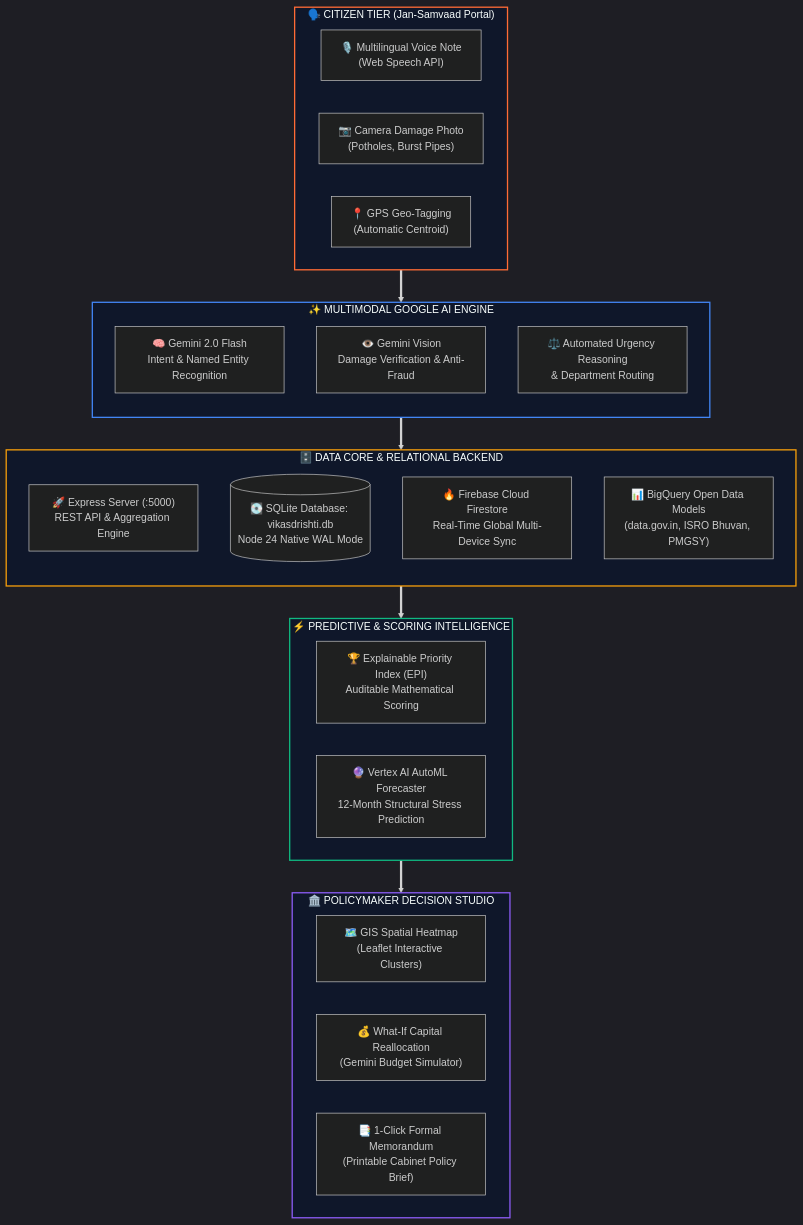
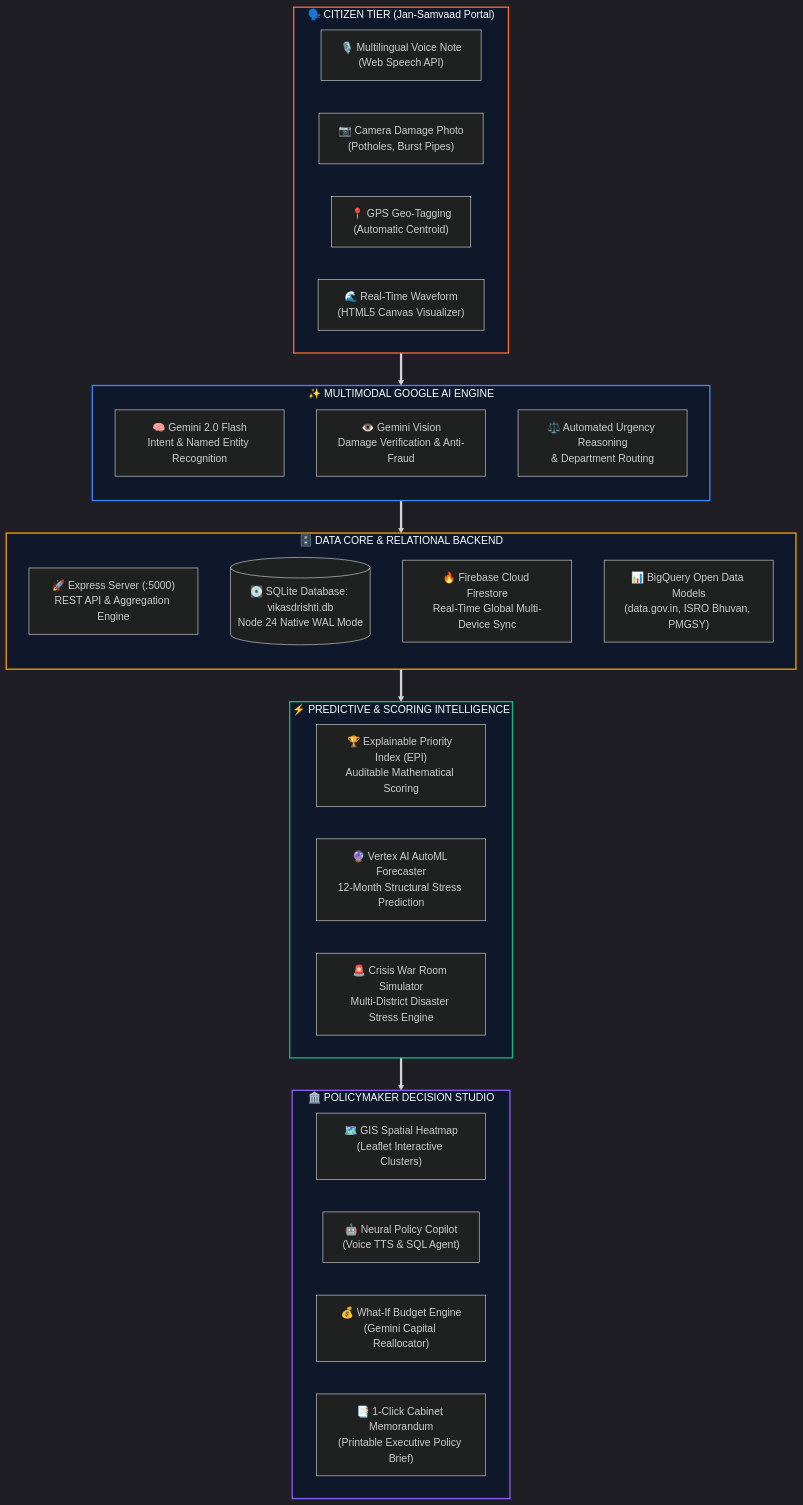
One commit to mukesh-dev-git/BuildWithAI-2E-26 changed the diagram in README.md. Above: the diagram before and after it, drawn with Mermaid. The commit also changed other lines of this file, not shown here.

Commit message:
docs: enrich README with judge rubric fast-track, Crisis War Room HUD, Neural Copilot Ctrl+K, and performance telemetry

````diff
--- a/README.md
+++ b/README.md
@@ -126,49 +226,52 @@
 ```mermaid
 %%{init: {'theme': 'dark', 'themeVariables': { 'primaryColor': '#1E293B', 'edgeLabelBackground':'#0F172A', 'tertiaryColor': '#0F172A'}}}%%
 flowchart TD
     subgraph Citizens["🗣️ CITIZEN TIER (Jan-Samvaad Portal)"]
         direction LR
         A1["🎙️ Multilingual Voice Note<br/>(Web Speech API)"]
         A2["📷 Camera Damage Photo<br/>(Potholes, Burst Pipes)"]
         A3["📍 GPS Geo-Tagging<br/>(Automatic Centroid)"]
+        A4["🌊 Real-Time Waveform<br/>(HTML5 Canvas Visualizer)"]
     end
 
     subgraph GoogleAI["✨ MULTIMODAL GOOGLE AI ENGINE"]
         direction TB
         B1["🧠 Gemini 2.0 Flash<br/>Intent & Named Entity Recognition"]
         B2["👁️ Gemini Vision<br/>Damage Verification & Anti-Fraud"]
         B3["⚖️ Automated Urgency Reasoning<br/>& Department Routing"]
     end
 
     subgraph DataCore["🗄️ DATA CORE & RELATIONAL BACKEND"]
         direction TB
         C1["🚀 Express Server (:5000)<br/>REST API & Aggregation Engine"]
         C2[("💽 SQLite Database: vikasdrishti.db<br/>Node 24 Native WAL Mode")]
         C3["🔥 Firebase Cloud Firestore<br/>Real-Time Global Multi-Device Sync"]
         C4["📊 BigQuery Open Data Models<br/>(data.gov.in, ISRO Bhuvan, PMGSY)"]
     end
 
-    subgraph Predictive["⚡ PREDICTIVE & SCORING INTELLIGENCE"]
+    subgraph Intelligence["⚡ PREDICTIVE & SCORING INTELLIGENCE"]
         direction LR
         D1["🏆 Explainable Priority Index (EPI)<br/>Auditable Mathematical Scoring"]
         D2["🔮 Vertex AI AutoML Forecaster<br/>12-Month Structural Stress Prediction"]
+        D3["🚨 Crisis War Room Simulator<br/>Multi-District Disaster Stress Engine"]
     end
 
     subgraph Governance["🏛️ POLICYMAKER DECISION STUDIO"]
         direction LR
         E1["🗺️ GIS Spatial Heatmap<br/>(Leaflet Interactive Clusters)"]
-        E2["💰 What-If Capital Reallocation<br/>(Gemini Budget Simulator)"]
-        E3["📑 1-Click Formal Memorandum<br/>(Printable Cabinet Policy Brief)"]
+        E2["🤖 Neural Policy Copilot<br/>(Voice TTS & SQL Agent)"]
+        E3["💰 What-If Budget Engine<br/>(Gemini Capital Reallocator)"]
+        E4["📑 1-Click Cabinet Memorandum<br/>(Printable Executive Policy Brief)"]
     end
 
     Citizens ==> GoogleAI
     GoogleAI ==> DataCore
-    DataCore ==> Predictive
-    Predictive ==> Governance
+    DataCore ==> Intelligence
+    Intelligence ==> Governance
 
     style Citizens fill:#0F172A,stroke:#FF6B35,stroke-width:2px
     style GoogleAI fill:#0F172A,stroke:#4285F4,stroke-width:2px
     style DataCore fill:#0F172A,stroke:#F59E0B,stroke-width:2px
-    style Predictive fill:#0F172A,stroke:#10B981,stroke-width:2px
+    style Intelligence fill:#0F172A,stroke:#10B981,stroke-width:2px
     style Governance fill:#0F172A,stroke:#8B5CF6,stroke-width:2px
 ```
````
